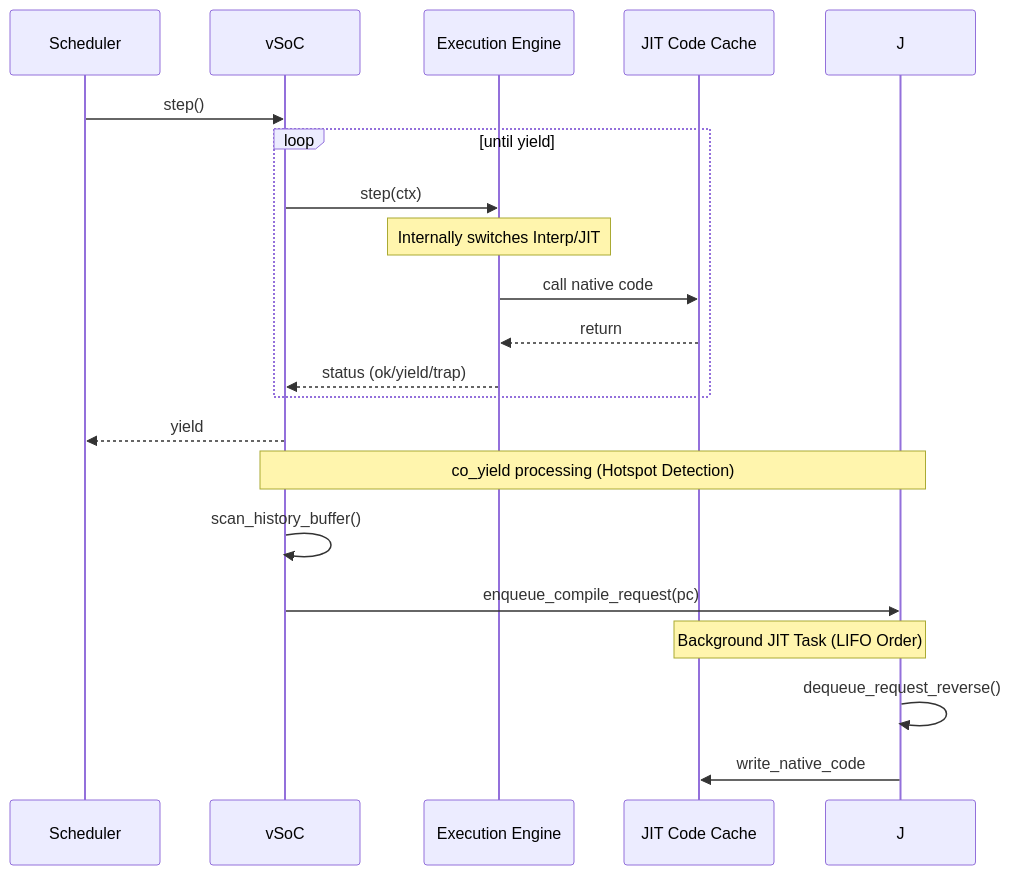
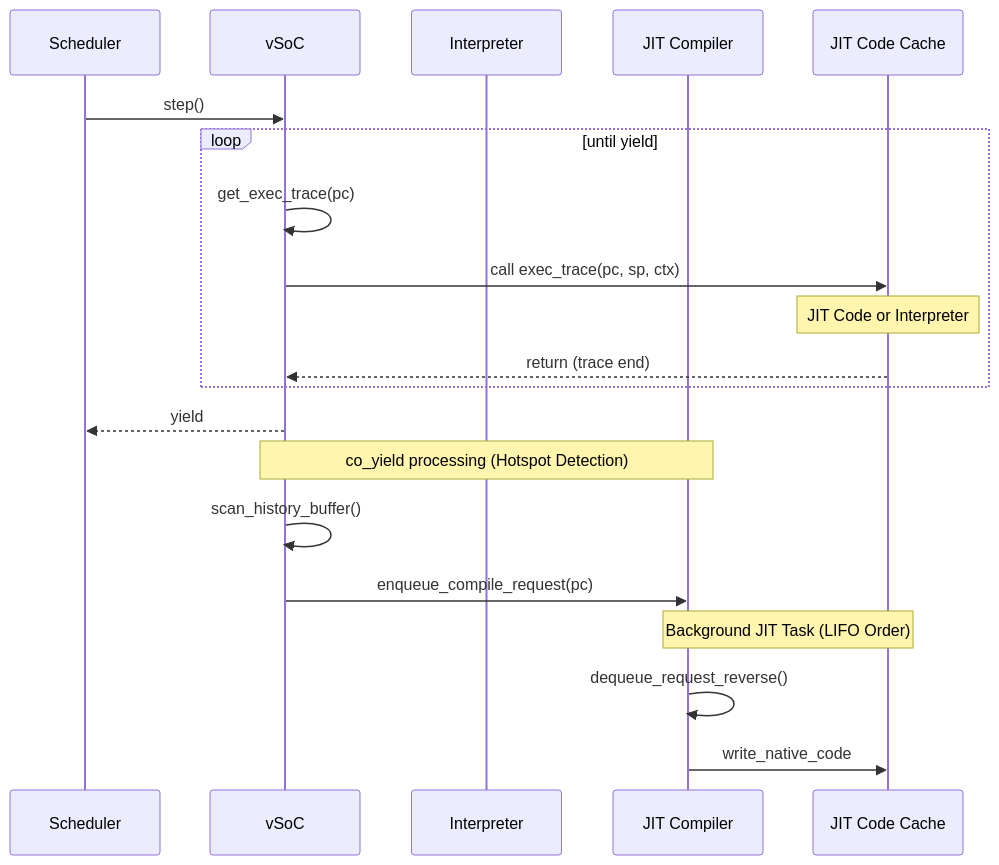
The third of 4 diagrams in docs/orders/components/vsoc.md (kmt-t/fireball), drawn with Mermaid before and after one commit. The commit also changed other lines of this file and 11 other files, not shown here.

````diff
--- a/docs/orders/components/vsoc.md
+++ b/docs/orders/components/vsoc.md
@@ -80,25 +86,25 @@
 ```mermaid
 sequenceDiagram
     participant S as Scheduler
     participant V as vSoC
-    participant E as Execution Engine
+    participant I as Interpreter
+    participant J as JIT Compiler
     participant C as JIT Code Cache
     
     S->>V: step()
     loop until yield
-        V->>E: step(ctx)
-        Note over E: Internally switches Interp/JIT
-        E->>C: call native code
-        C-->>E: return
-        E-->>V: status (ok/yield/trap)
+        V->>V: get_exec_trace(pc)
+        V->>C: call exec_trace(pc, sp, ctx)
+        Note over C: JIT Code or Interpreter
+        C-->>V: return (trace end)
     end
     V-->>S: yield
     
     Note over V,J: co_yield processing (Hotspot Detection)
     V->>V: scan_history_buffer()
     V->>J: enqueue_compile_request(pc)
     
     Note over J,C: Background JIT Task (LIFO Order)
     J->>J: dequeue_request_reverse()
     J->>C: write_native_code
 ```
````
